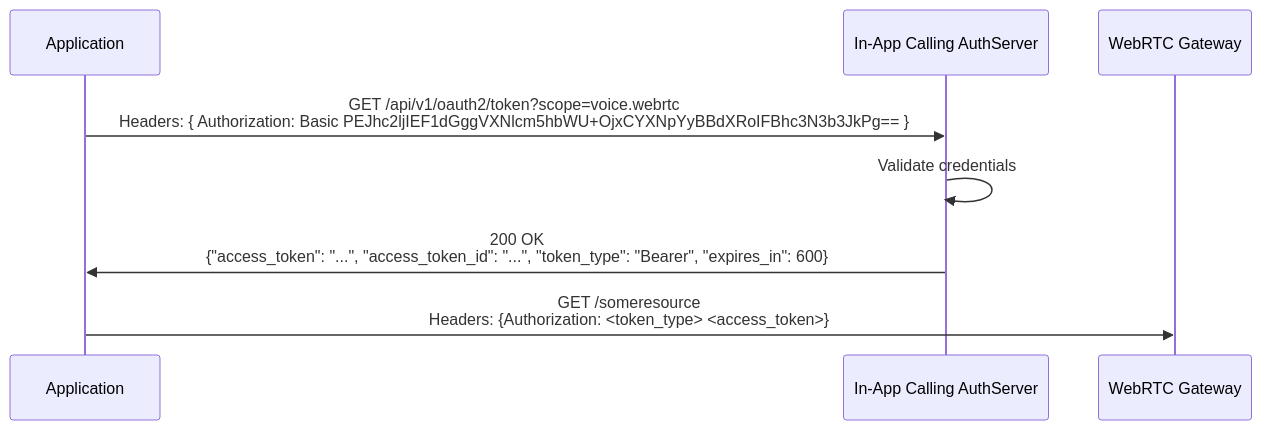
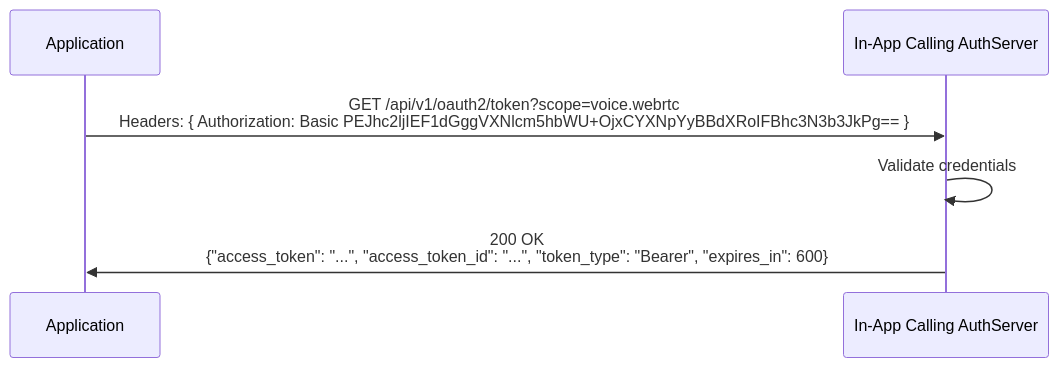
Before and after one commit to Bandwidth/api-docs: the diagram in site/global-guides/voice/authentication.mdx, drawn with Mermaid. The commit also changed other lines of this file, not shown here.

Commit message:
GRAVITY-1030 PR Feedback and removing the content relating on how to use the token

````diff
--- a/site/global-guides/voice/authentication.mdx
+++ b/site/global-guides/voice/authentication.mdx
@@ -24,7 +24,6 @@
 ```mermaid
 sequenceDiagram
     Application->>In-App Calling AuthServer: GET /api/v1/oauth2/token?scope=voice.webrtc <br> Headers: { Authorization: Basic PEJhc2ljIEF1dGggVXNlcm5hbWU+OjxCYXNpYyBBdXRoIFBhc3N3b3JkPg== }
     In-App Calling AuthServer->>In-App Calling AuthServer: Validate credentials
     In-App Calling AuthServer->>Application: 200 OK <br> {"access_token": "...", "access_token_id": "...", "token_type": "Bearer", "expires_in": 600}
-    Application->>WebRTC Gateway: GET /someresource <br> Headers: {Authorization: <token_type> <access_token>}
 ```
````
